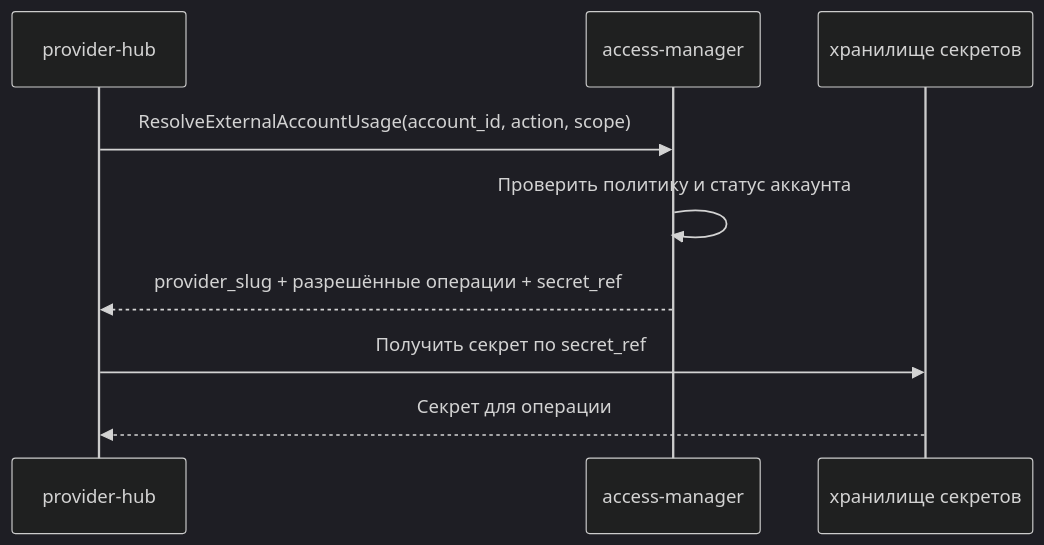
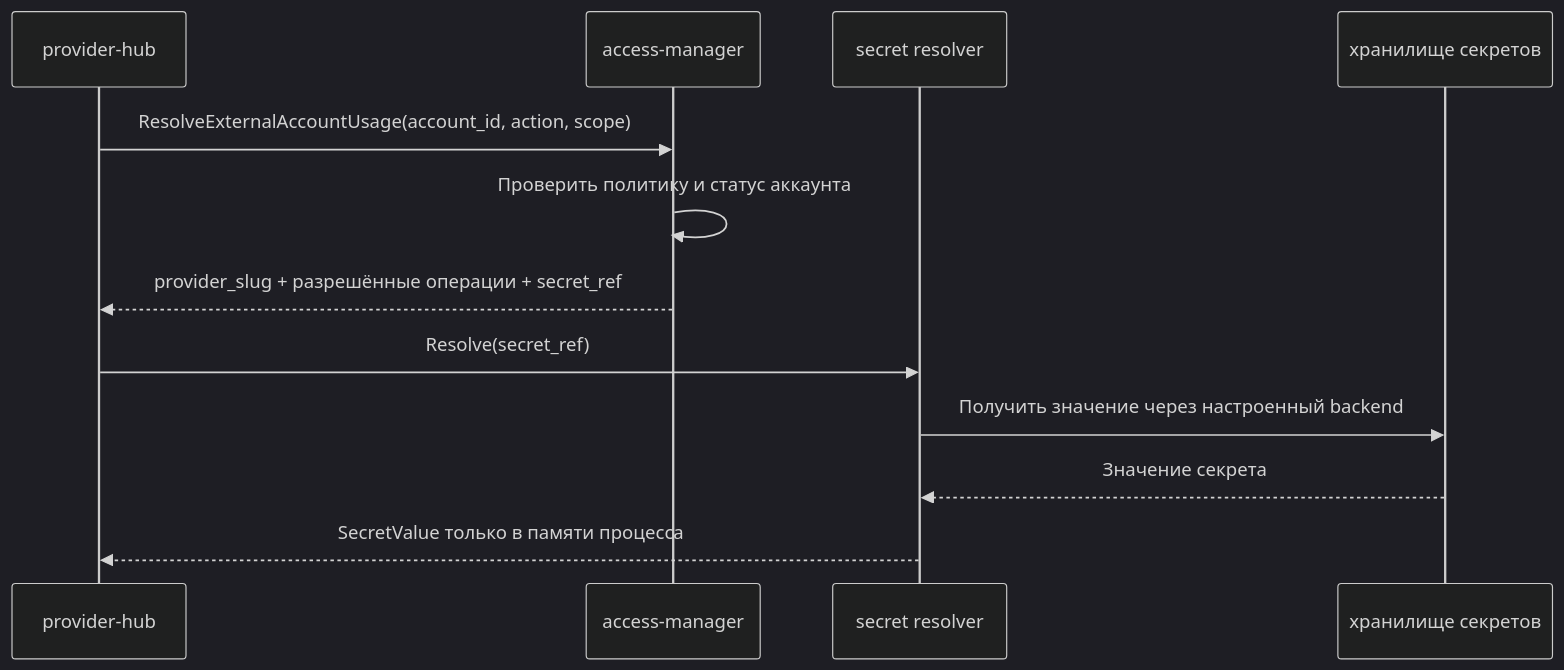
The third of 3 diagrams in docs/domains/access-and-accounts/architecture/design.md (codex-k8s/kodex), drawn with Mermaid (dark theme) before and after one commit. The commit also changed other lines of this file and 41 other files, not shown here.

Commit message:
Add shared secret resolver contract

````diff
--- a/docs/domains/access-and-accounts/architecture/design.md
+++ b/docs/domains/access-and-accounts/architecture/design.md
@@ -104,11 +104,14 @@
 ```mermaid
 sequenceDiagram
   participant P as provider-hub
   participant A as access-manager
+  participant R as secret resolver
   participant V as хранилище секретов
   P->>A: ResolveExternalAccountUsage(account_id, action, scope)
   A->>A: Проверить политику и статус аккаунта
   A-->>P: provider_slug + разрешённые операции + secret_ref
-  P->>V: Получить секрет по secret_ref
-  V-->>P: Секрет для операции
+  P->>R: Resolve(secret_ref)
+  R->>V: Получить значение через настроенный backend
+  V-->>R: Значение секрета
+  R-->>P: SecretValue только в памяти процесса
 ```
````
